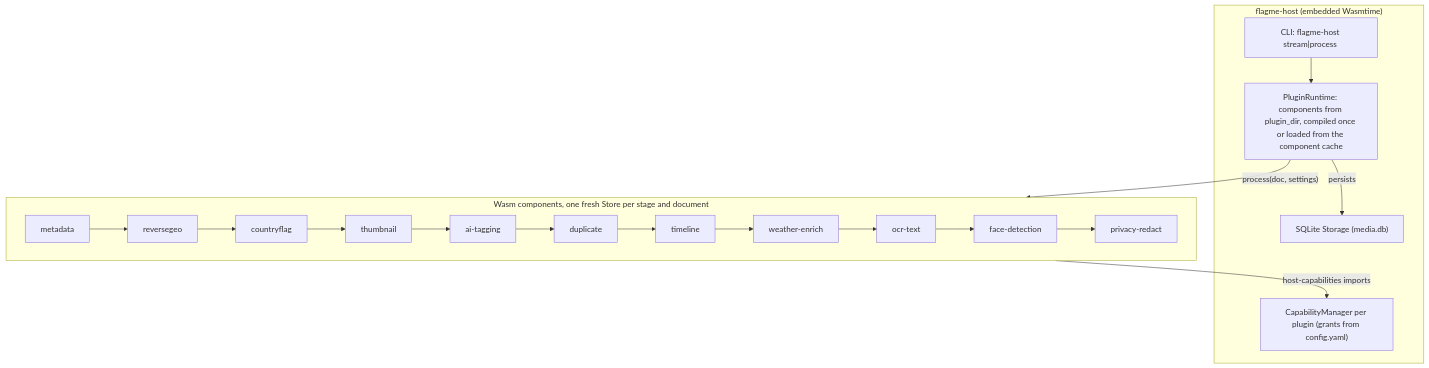
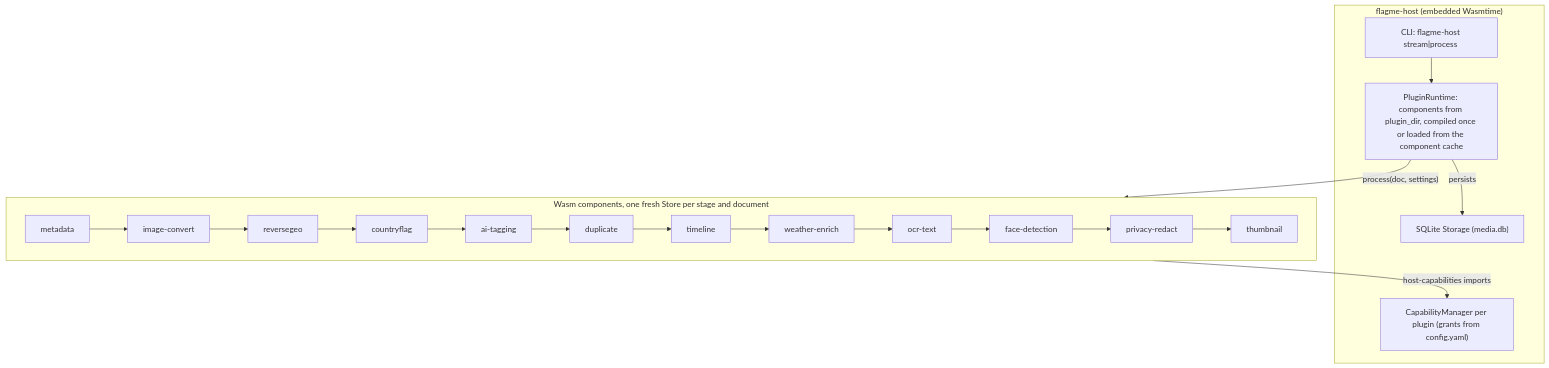
One commit to Zheng-Bote/wasm_geo-host changed the diagram in docs/pipeline_host_supervisor.md. Above: the diagram before and after it, drawn with Mermaid. The commit also changed other lines of this file and 38 other files, not shown here.

````diff
--- a/docs/pipeline_host_supervisor.md
+++ b/docs/pipeline_host_supervisor.md
@@ -11,20 +11,20 @@
 ```mermaid
 flowchart TD
     subgraph Host["flagme-host (embedded Wasmtime)"]
         CLI["CLI: flagme-host stream|process <FILE>"]
         Runtime["PluginRuntime: components from plugin_dir, compiled once or loaded from the component cache"]
         Caps["CapabilityManager per plugin (grants from config.yaml)"]
         Storage["SQLite Storage (media.db)"]
     end
 
     subgraph Stages["Wasm components, one fresh Store per stage and document"]
         direction LR
-        C1["metadata"] --> C2["reversegeo"] --> C3["countryflag"] --> C4["thumbnail"] --> C5["ai-tagging"] --> C6["duplicate"]
-        C6 --> C7["timeline"] --> C8["weather-enrich"] --> C9["ocr-text"] --> C10["face-detection"] --> C11["privacy-redact"]
+        C1["metadata"] --> C2["image-convert"] --> C3["reversegeo"] --> C4["countryflag"] --> C5["ai-tagging"] --> C6["duplicate"]
+        C6 --> C7["timeline"] --> C8["weather-enrich"] --> C9["ocr-text"] --> C10["face-detection"] --> C11["privacy-redact"] --> C12["thumbnail"]
     end
 
     CLI --> Runtime
     Runtime -->|"process(doc, settings)"| Stages
     Stages -->|"host-capabilities imports"| Caps
     Runtime -->|"persists"| Storage
 ```
````
